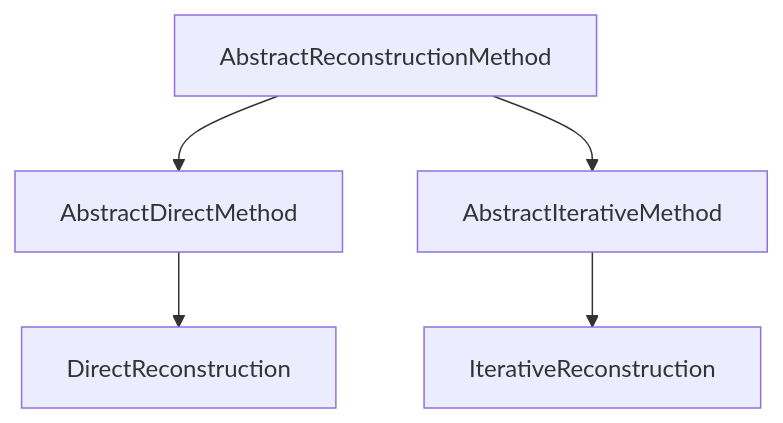
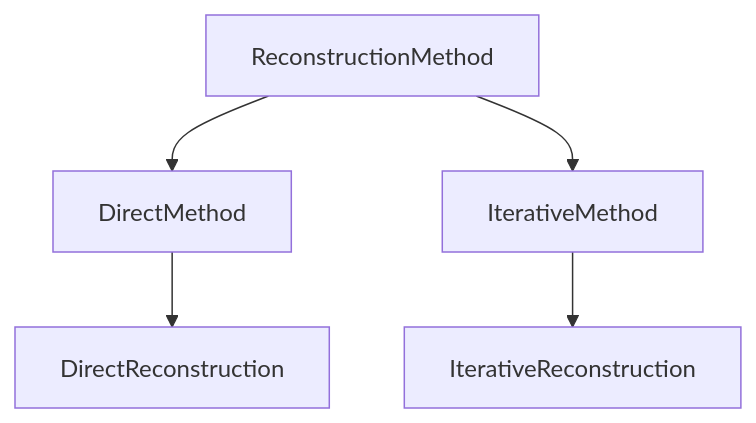
One commit to hakkelt/MriReconstructionToolbox.jl changed the diagram in docs/src/high-level/methods.md. Above: the diagram before and after it, drawn with Mermaid. The commit also changed other lines of this file and 66 other files, not shown here.

````diff
--- a/docs/src/high-level/methods.md
+++ b/docs/src/high-level/methods.md
@@ -11,7 +11,7 @@
 ```mermaid
 graph TD
-    ARM[AbstractReconstructionMethod] --> ADM[AbstractDirectMethod]
-    ARM --> AIM[AbstractIterativeMethod]
+    ARM[ReconstructionMethod] --> ADM[DirectMethod]
+    ARM --> AIM[IterativeMethod]
     ADM --> DR[DirectReconstruction]
     AIM --> IR[IterativeReconstruction]
 ```
````
